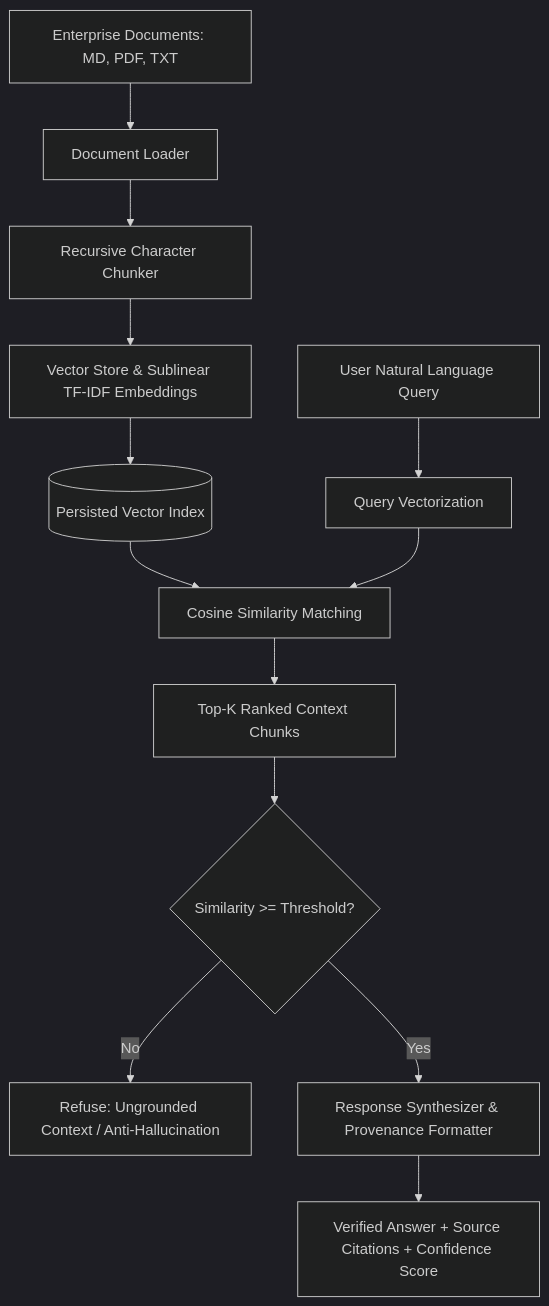
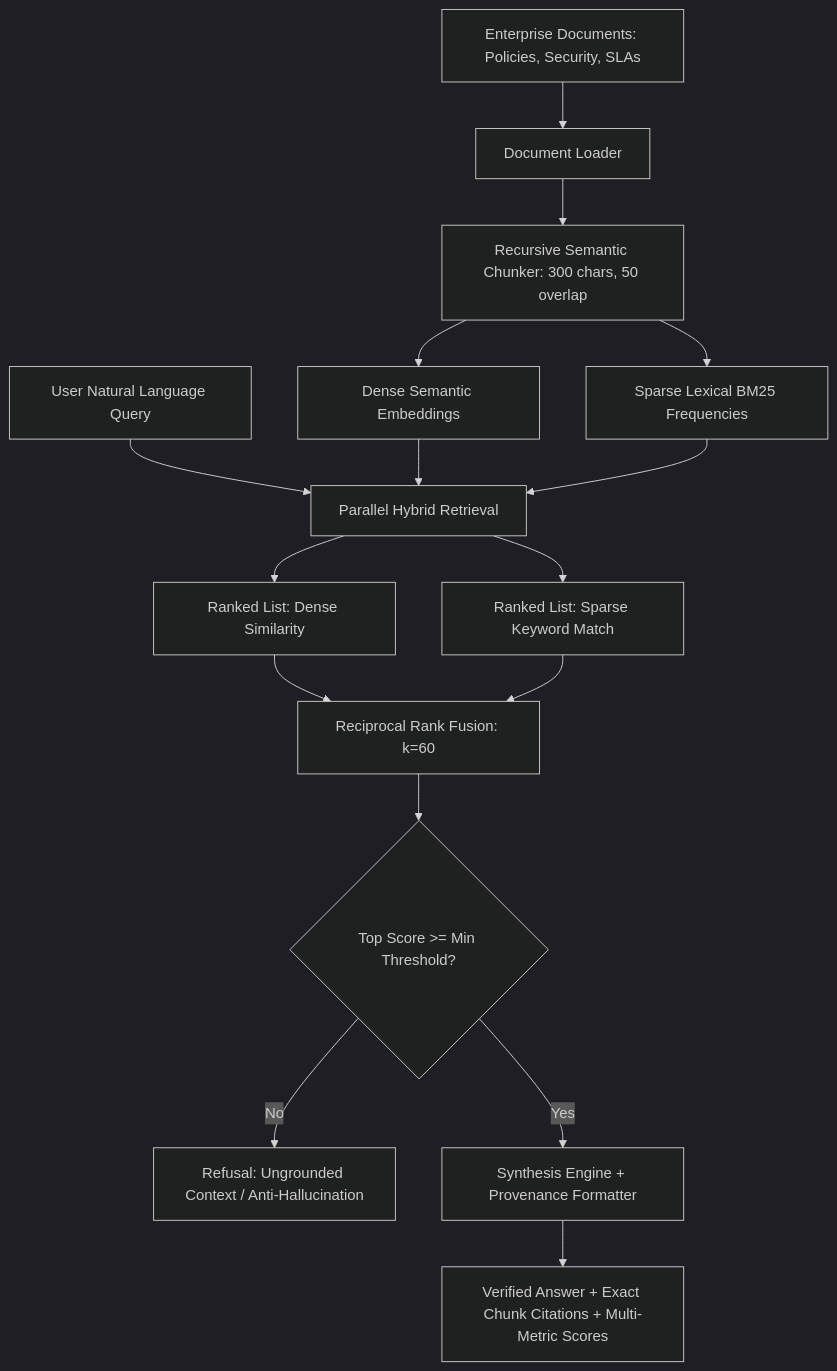
Before and after one commit to jashp144/industry-data-science-ai-portfolio: the diagram in 02_enterprise_rag_knowledge_engine/README.md, drawn with Mermaid (dark theme). The commit also changed other lines of this file and 7 other files, not shown here.

Commit message:
docs: enrich technical documentation with executive ROI, system flowcharts, and hiring manager evaluation rubrics

````diff
--- a/02_enterprise_rag_knowledge_engine/README.md
+++ b/02_enterprise_rag_knowledge_engine/README.md
@@ -19,17 +23,22 @@
 ```mermaid
 flowchart TD
-    RawDocs[Enterprise Documents: MD, PDF, TXT] --> Loader[Document Loader]
-    Loader --> Chunker[Recursive Character Chunker]
-    Chunker --> Embeddings[Vector Store & Sublinear TF-IDF Embeddings]
-    Embeddings --> PersistedIndex[(Persisted Vector Index)]
+    RawDocs[Enterprise Documents: Policies, Security, SLAs] --> Loader[Document Loader]
+    Loader --> Chunker[Recursive Semantic Chunker: 300 chars, 50 overlap]
+    Chunker --> DenseIndex[Dense Semantic Embeddings]
+    Chunker --> SparseIndex[Sparse Lexical BM25 Frequencies]
     
-    UserQuery[User Natural Language Query] --> QueryVec[Query Vectorization]
-    PersistedIndex --> CosineSim[Cosine Similarity Matching]
-    QueryVec --> CosineSim
-    CosineSim --> TopK[Top-K Ranked Context Chunks]
+    UserQuery[User Natural Language Query] --> DualSearch[Parallel Hybrid Retrieval]
+    DenseIndex --> DualSearch
+    SparseIndex --> DualSearch
     
-    TopK --> Guardrail{Similarity >= Threshold?}
-    Guardrail -- No --> Refusal[Refuse: Ungrounded Context / Anti-Hallucination]
-    Guardrail -- Yes --> Synthesizer[Response Synthesizer & Provenance Formatter]
-    Synthesizer --> FinalOutput[Verified Answer + Source Citations + Confidence Score]
+    DualSearch --> DenseRank[Ranked List: Dense Similarity]
+    DualSearch --> SparseRank[Ranked List: Sparse Keyword Match]
+    
+    DenseRank --> RRF[Reciprocal Rank Fusion: k=60]
+    SparseRank --> RRF
+    
+    RRF --> Guardrail{Top Score >= Min Threshold?}
+    Guardrail -- No --> Refusal[Refusal: Ungrounded Context / Anti-Hallucination]
+    Guardrail -- Yes --> Synthesizer[Synthesis Engine + Provenance Formatter]
+    Synthesizer --> Output[Verified Answer + Exact Chunk Citations + Multi-Metric Scores]
 ```
````
